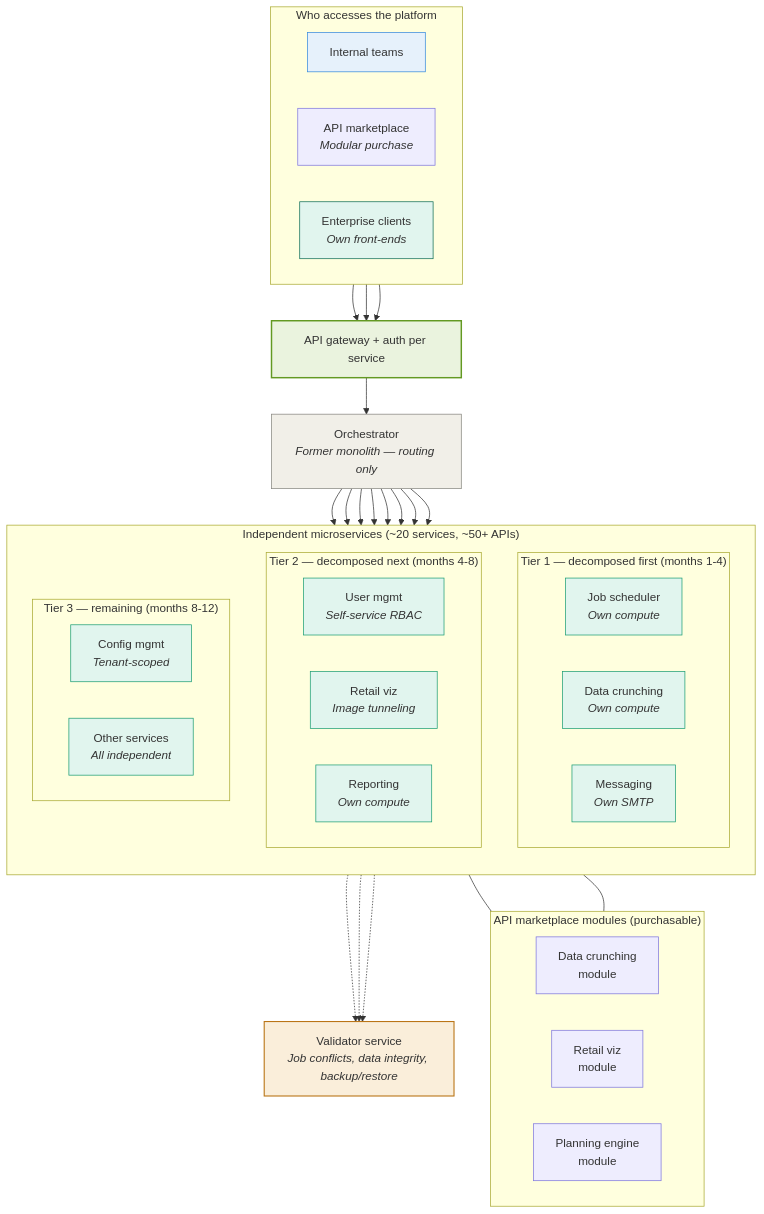
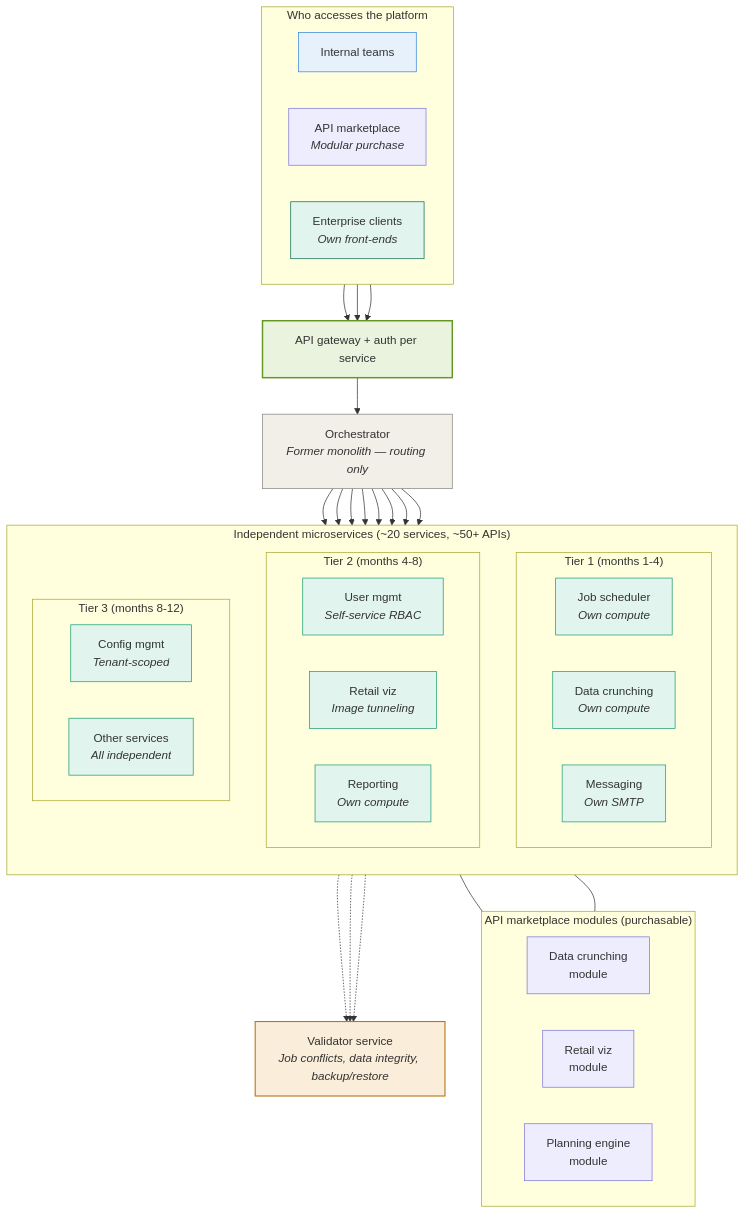
Before and after one commit to ShashwatSharmaPM/platform-decomposition-api-marketplace: the diagram in diagrams/after-state.md, drawn with Mermaid. The commit also changed other lines of this file, not shown here.

```diff
--- a/diagrams/after-state.md
+++ b/diagrams/after-state.md
@@ -17,21 +17,21 @@
 
     subgraph Services["Independent microservices (~20 services, ~50+ APIs)"]
         direction TB
-        subgraph Tier1["Tier 1 — decomposed first (months 1-4)"]
+        subgraph Tier1["Tier 1 (months 1-4)"]
             direction LR
             JS["Job scheduler<br/><i>Own compute</i>"]
             DC["Data crunching<br/><i>Own compute</i>"]
             MSG["Messaging<br/><i>Own SMTP</i>"]
         end
 
-        subgraph Tier2["Tier 2 — decomposed next (months 4-8)"]
+        subgraph Tier2["Tier 2 (months 4-8)"]
             direction LR
             UM["User mgmt<br/><i>Self-service RBAC</i>"]
             RV["Retail viz<br/><i>Image tunneling</i>"]
             RPT["Reporting<br/><i>Own compute</i>"]
         end
 
-        subgraph Tier3["Tier 3 — remaining (months 8-12)"]
+        subgraph Tier3["Tier 3 (months 8-12)"]
             direction LR
             CFG["Config mgmt<br/><i>Tenant-scoped</i>"]
             MORE["Other services<br/><i>All independent</i>"]
```
